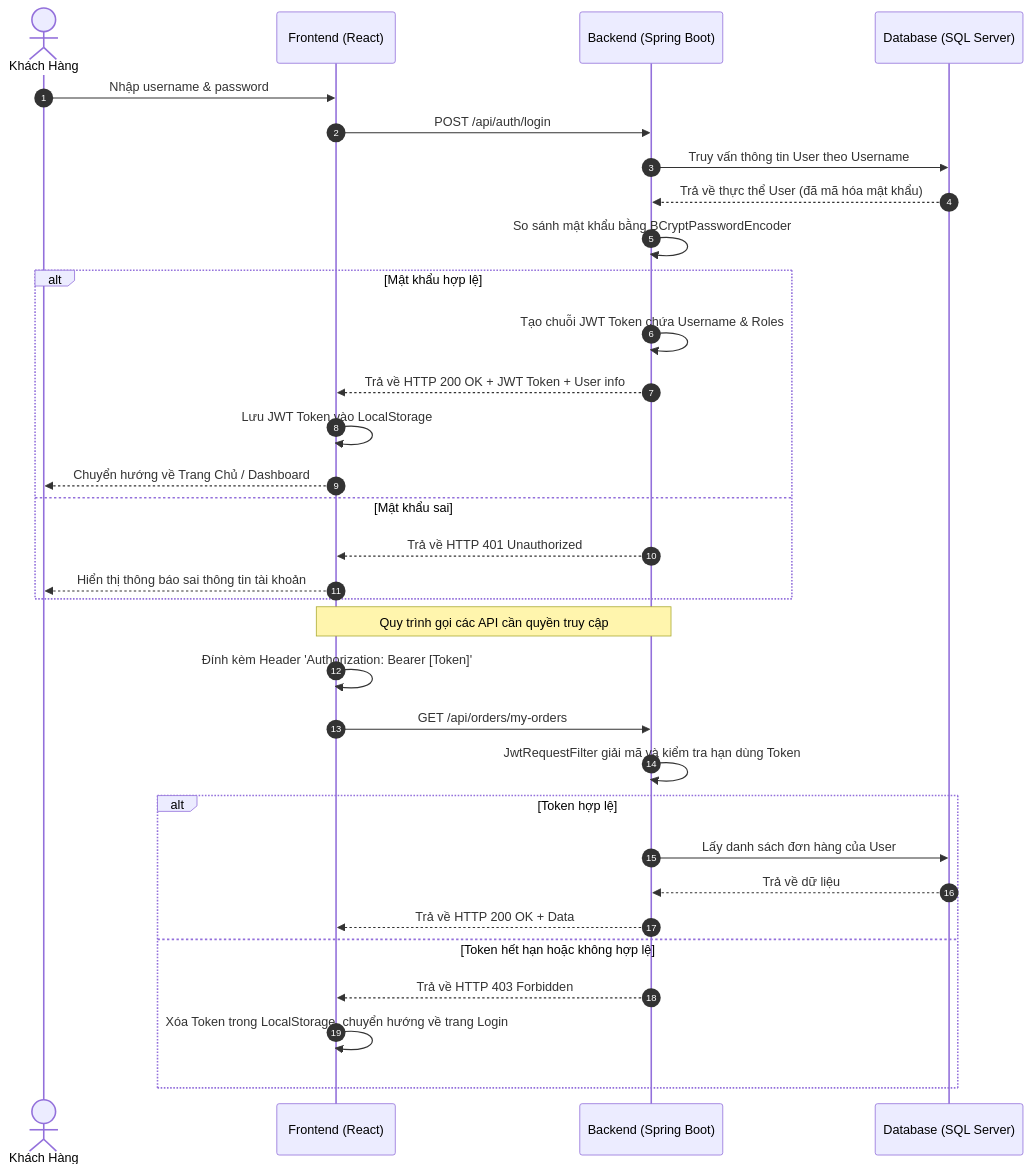
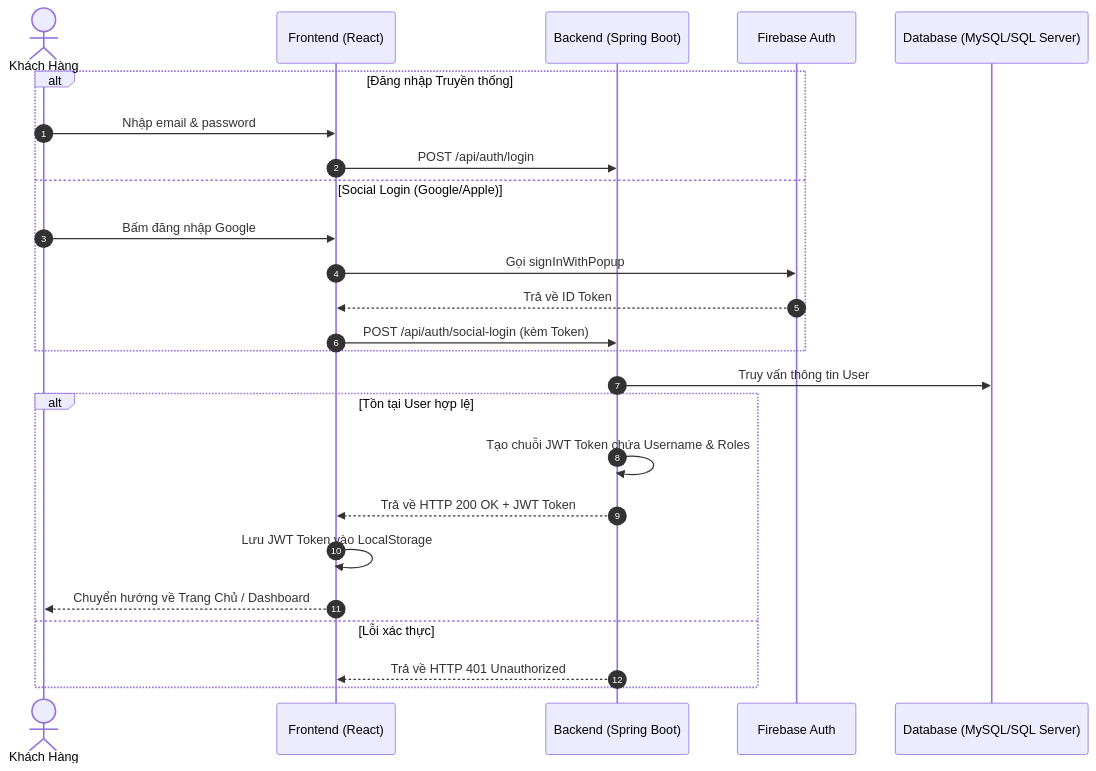
Before and after one commit to BryannLee202/TestingProject: the first of 2 diagrams in README.md, drawn with Mermaid. The commit also changed other lines of this file, not shown here.

Commit message:
docs: update README with multilingual, social login, and deployment details

````diff
--- a/README.md
+++ b/README.md
@@ -103,36 +88,29 @@
 ```mermaid
 sequenceDiagram
   autonumber
   actor User as Khách Hàng
   participant FE as Frontend (React)
   participant BE as Backend (Spring Boot)
-  participant DB as Database (SQL Server)
+  participant Firebase as Firebase Auth
+  participant DB as Database (MySQL/SQL Server)
 
-  User->>FE: Nhập username & password
-  FE->>BE: POST /api/auth/login
-  BE->>DB: Truy vấn thông tin User theo Username
-  DB-->>BE: Trả về thực thể User (đã mã hóa mật khẩu)
-  BE->>BE: So sánh mật khẩu bằng BCryptPasswordEncoder
-  alt Mật khẩu hợp lệ
+  alt Đăng nhập Truyền thống
+      User->>FE: Nhập email & password
+      FE->>BE: POST /api/auth/login
+  else Social Login (Google/Apple)
+      User->>FE: Bấm đăng nhập Google
+      FE->>Firebase: Gọi signInWithPopup
+      Firebase-->>FE: Trả về ID Token
+      FE->>BE: POST /api/auth/social-login (kèm Token)
+  end
+
+  BE->>DB: Truy vấn thông tin User
+  alt Tồn tại User hợp lệ
     BE->>BE: Tạo chuỗi JWT Token chứa Username & Roles
-    BE-->>FE: Trả về HTTP 200 OK + JWT Token + User info
+    BE-->>FE: Trả về HTTP 200 OK + JWT Token
     FE->>FE: Lưu JWT Token vào LocalStorage
     FE-->>User: Chuyển hướng về Trang Chủ / Dashboard
-  else Mật khẩu sai
+  else Lỗi xác thực
     BE-->>FE: Trả về HTTP 401 Unauthorized
-    FE-->>User: Hiển thị thông báo sai thông tin tài khoản
-  end
-
-  Note over FE,BE: Quy trình gọi các API cần quyền truy cập
-  FE->>FE: Đính kèm Header 'Authorization: Bearer [Token]'
-  FE->>BE: GET /api/orders/my-orders
-  BE->>BE: JwtRequestFilter giải mã và kiểm tra hạn dùng Token
-  alt Token hợp lệ
-    BE->>DB: Lấy danh sách đơn hàng của User
-    DB-->>BE: Trả về dữ liệu
-    BE-->>FE: Trả về HTTP 200 OK + Data
-  else Token hết hạn hoặc không hợp lệ
-    BE-->>FE: Trả về HTTP 403 Forbidden
-    FE->>FE: Xóa Token trong LocalStorage, chuyển hướng về trang Login
   end
 ```
````
